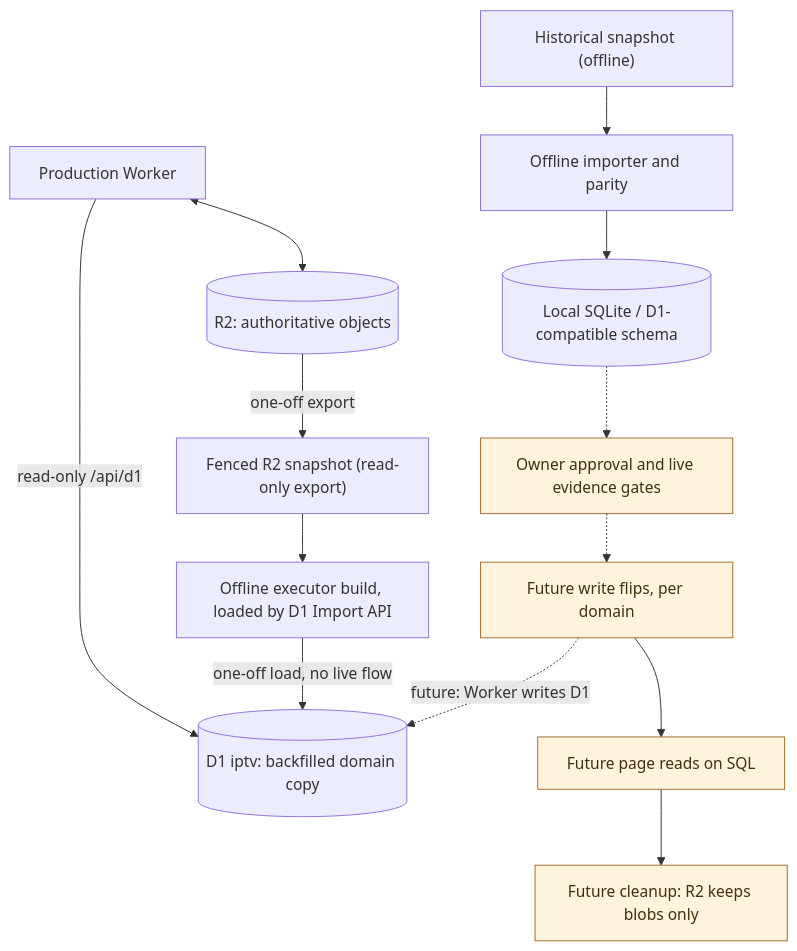
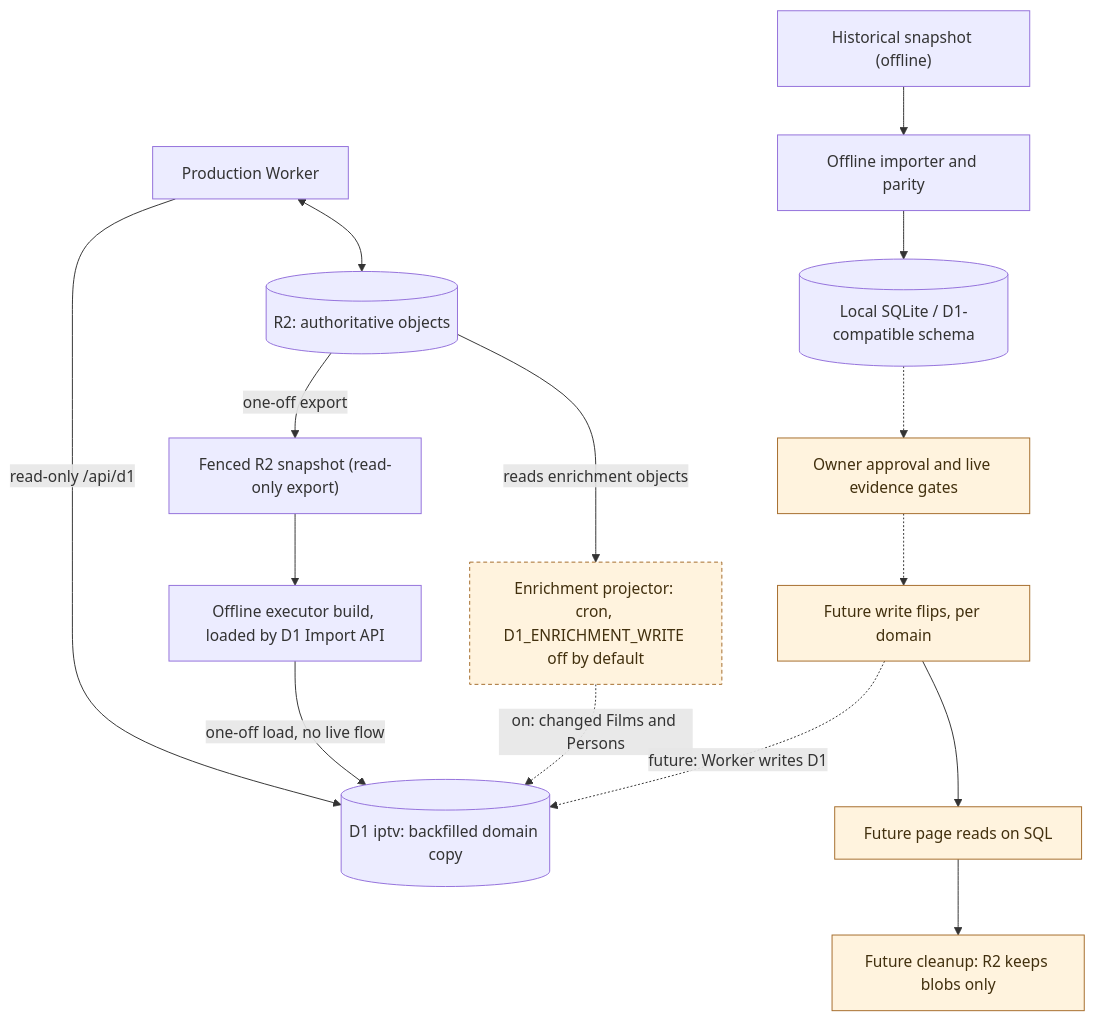
The diagram in docs/architecture/persistence-and-migration.md (vladimino/iptv-watchlist), drawn with Mermaid before and after one commit. The commit also changed other lines of this file and 43 other files, not shown here.

First line of the commit message:
AIR-275 phase 2: R2-authoritative enrichment projector (ADR 0056)

````diff
--- a/docs/architecture/persistence-and-migration.md
+++ b/docs/architecture/persistence-and-migration.md
@@ -5,24 +5,28 @@
 ```mermaid
 flowchart TD
     worker["Production Worker"]
     r2[("R2: authoritative objects")]
     archive["Historical snapshot (offline)"]
     importer["Offline importer and parity"]
     local[("Local SQLite / D1-compatible schema")]
     gate["Owner approval and live evidence gates"]
     snapshot["Fenced R2 snapshot (read-only export)"]
     reload["Offline executor build, loaded by D1 Import API"]
     d1[("D1 iptv: backfilled domain copy")]
+    projector["Enrichment projector: cron, D1_ENRICHMENT_WRITE off by default"]
     flipWrite["Future write flips, per domain"]
     flipRead["Future page reads on SQL"]
     retire["Future cleanup: R2 keeps blobs only"]
     worker <--> r2
     worker -->|read-only /api/d1| d1
     archive --> importer --> local
     local -.-> gate
     r2 -->|one-off export| snapshot --> reload -->|one-off load, no live flow| d1
+    r2 -->|reads enrichment objects| projector -.->|on: changed Films and Persons| d1
     gate -.-> flipWrite -.->|future: Worker writes D1| d1
     flipWrite --> flipRead --> retire
     classDef future fill:#fff3de,stroke:#a56c2b,color:#42300e
+    classDef gated fill:#fff3de,stroke:#a56c2b,color:#42300e,stroke-dasharray:4 3
     class gate,flipWrite,flipRead,retire future
+    class projector gated
 ```
````
